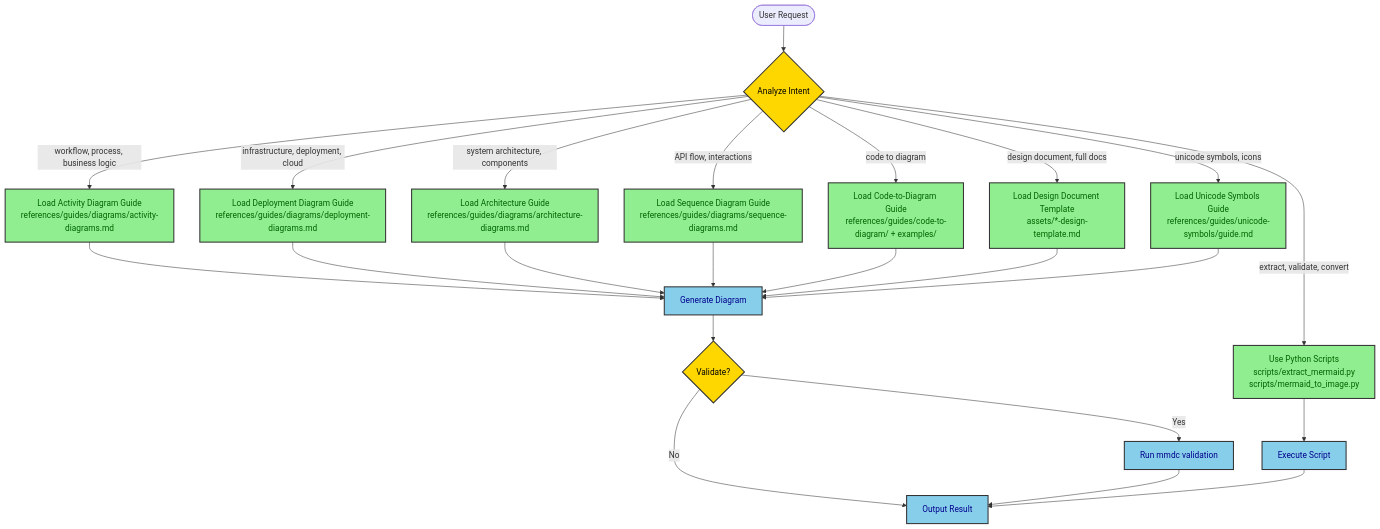
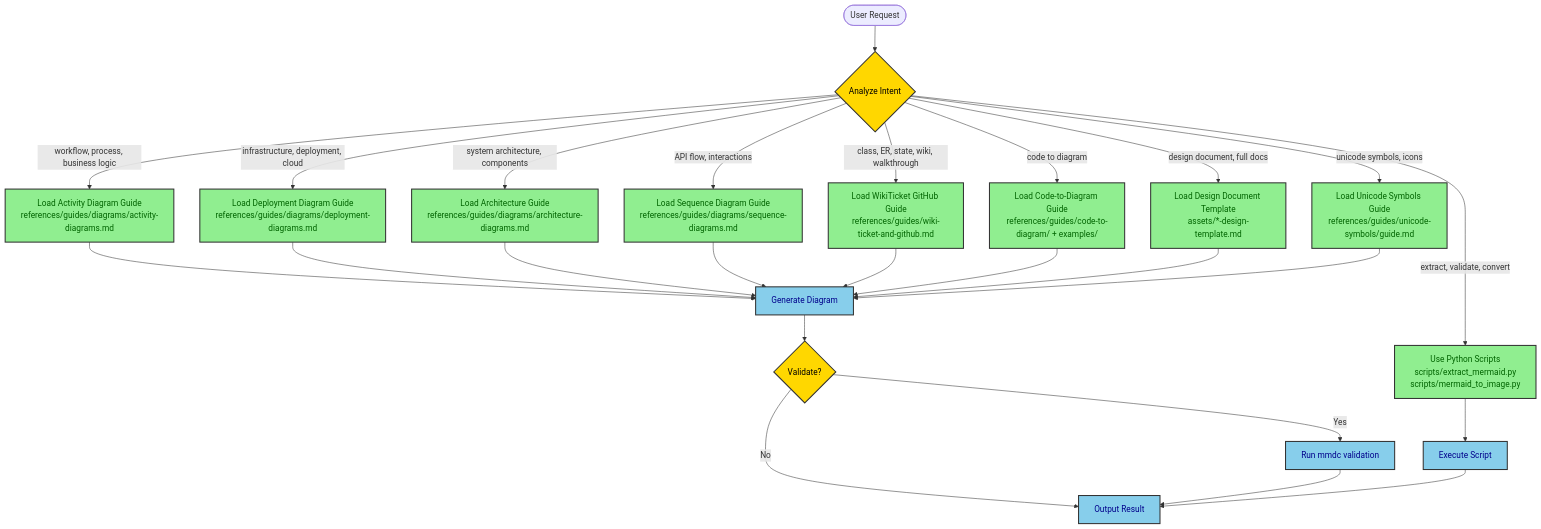
The first of 6 diagrams in design-doc-mermaid/SKILL.md (jk4905/agent-skills), drawn with Mermaid before and after one commit. The commit also changed other lines of this file and 1 other file, not shown here.

````diff
--- a/design-doc-mermaid/SKILL.md
+++ b/design-doc-mermaid/SKILL.md
@@ -37,36 +38,38 @@
 ```mermaid
 flowchart TD
     Start([User Request]) --> Analyze{Analyze Intent}
 
     Analyze -->|"workflow, process, business logic"| Activity[Load Activity Diagram Guide<br/>references/guides/diagrams/activity-diagrams.md]
     Analyze -->|"infrastructure, deployment, cloud"| Deploy[Load Deployment Diagram Guide<br/>references/guides/diagrams/deployment-diagrams.md]
     Analyze -->|"system architecture, components"| Arch[Load Architecture Guide<br/>references/guides/diagrams/architecture-diagrams.md]
     Analyze -->|"API flow, interactions"| Sequence[Load Sequence Diagram Guide<br/>references/guides/diagrams/sequence-diagrams.md]
+    Analyze -->|"class, ER, state, wiki, walkthrough"| WikiGuide[Load WikiTicket GitHub Guide<br/>references/guides/wiki-ticket-and-github.md]
     Analyze -->|"code to diagram"| CodeToDiag[Load Code-to-Diagram Guide<br/>references/guides/code-to-diagram/ + examples/]
     Analyze -->|"design document, full docs"| DesignDoc[Load Design Document Template<br/>assets/*-design-template.md]
     Analyze -->|"unicode symbols, icons"| Unicode[Load Unicode Symbols Guide<br/>references/guides/unicode-symbols/guide.md]
     Analyze -->|"extract, validate, convert"| Scripts[Use Python Scripts<br/>scripts/extract_mermaid.py<br/>scripts/mermaid_to_image.py]
 
     Activity --> Generate[Generate Diagram]
     Deploy --> Generate
     Arch --> Generate
     Sequence --> Generate
+    WikiGuide --> Generate
     CodeToDiag --> Generate
     DesignDoc --> Generate
     Unicode --> Generate
     Scripts --> Execute[Execute Script]
 
     Generate --> Validate{Validate?}
     Validate -->|Yes| RunValidation[Run mmdc validation]
     Validate -->|No| Output
     RunValidation --> Output[Output Result]
     Execute --> Output
 
     classDef decision fill:#FFD700,stroke:#333,stroke-width:2px,color:black
     classDef guide fill:#90EE90,stroke:#333,stroke-width:2px,color:darkgreen
     classDef action fill:#87CEEB,stroke:#333,stroke-width:2px,color:darkblue
 
     class Analyze,Validate decision
-    class Activity,Deploy,Arch,Sequence,CodeToDiag,DesignDoc,Unicode,Scripts guide
+    class Activity,Deploy,Arch,Sequence,WikiGuide,CodeToDiag,DesignDoc,Unicode,Scripts guide
     class Generate,Execute,RunValidation,Output action
 ```
````
